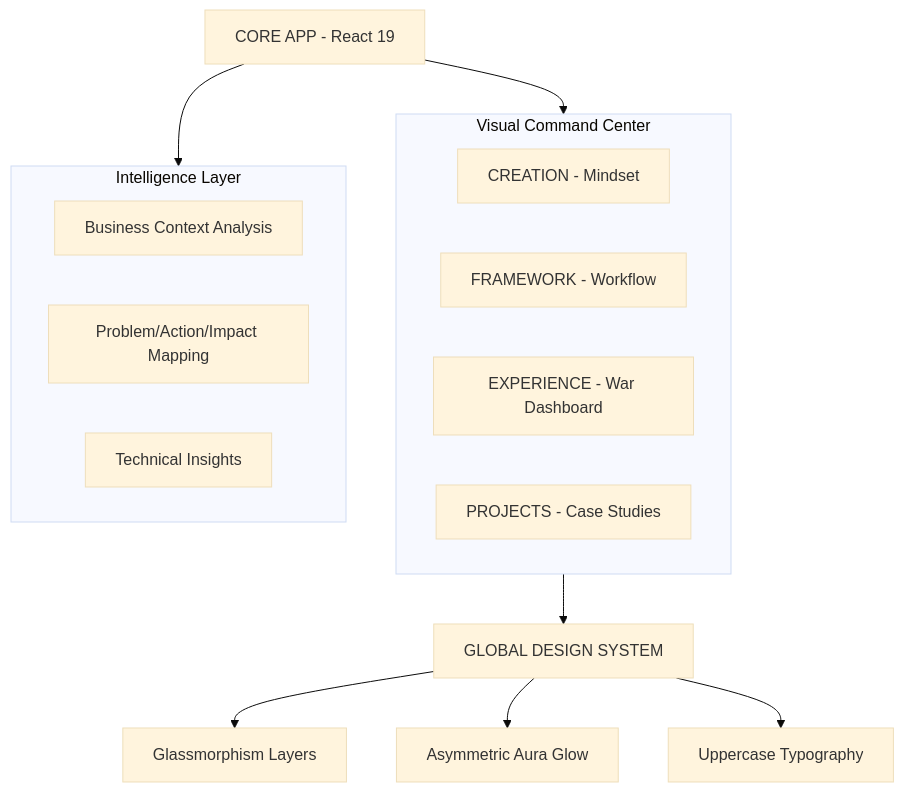
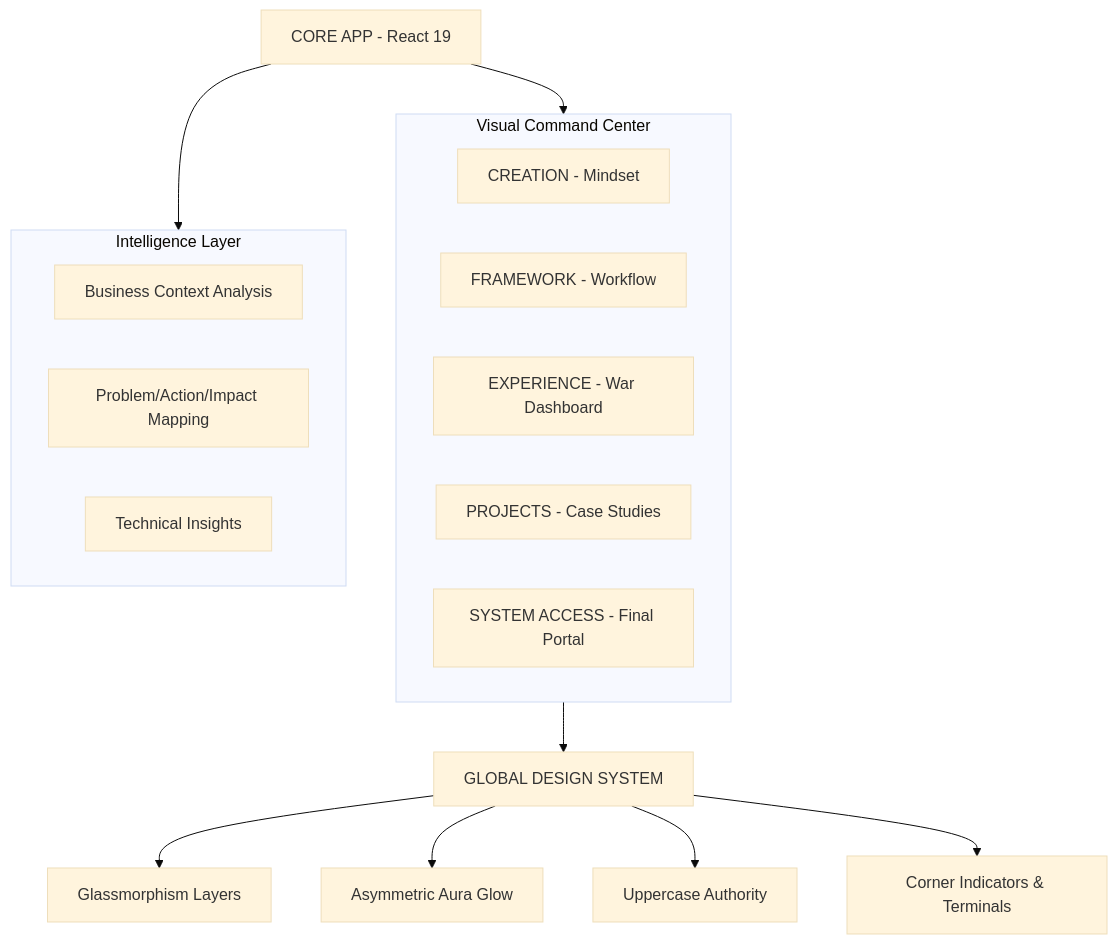
Before and after one commit to lukaslimna1/Lucas-Lima-Digital: the diagram in README.md, drawn with Mermaid (base theme). The commit also changed other lines of this file and 5 other files, not shown here.

Commit message:
feat: finalize SYSTEM_ACCESS portal v5.3.0 (Creation Style + Panoramic Terminal)

````diff
--- a/README.md
+++ b/README.md
@@ -31,23 +31,25 @@
 ```mermaid
 graph TD
     A[CORE APP - React 19] --> B[VISUAL MODULES]
     A --> C[DATA LAYER ARCHITECTURE]
     
     subgraph B [Visual Command Center]
         B1[CREATION - Mindset]
         B2[FRAMEWORK - Workflow]
         B3[EXPERIENCE - War Dashboard]
         B4[PROJECTS - Case Studies]
+        B5[SYSTEM ACCESS - Final Portal]
     end
     
     subgraph C [Intelligence Layer]
         C1[Business Context Analysis]
         C2[Problem/Action/Impact Mapping]
         C3[Technical Insights]
     end
     
     B --> D[GLOBAL DESIGN SYSTEM]
     D --> D1[Glassmorphism Layers]
     D --> D2[Asymmetric Aura Glow]
-    D --> D3[Uppercase Typography]
+    D --> D3[Uppercase Authority]
+    D --> D4[Corner Indicators & Terminals]
 ```
````
